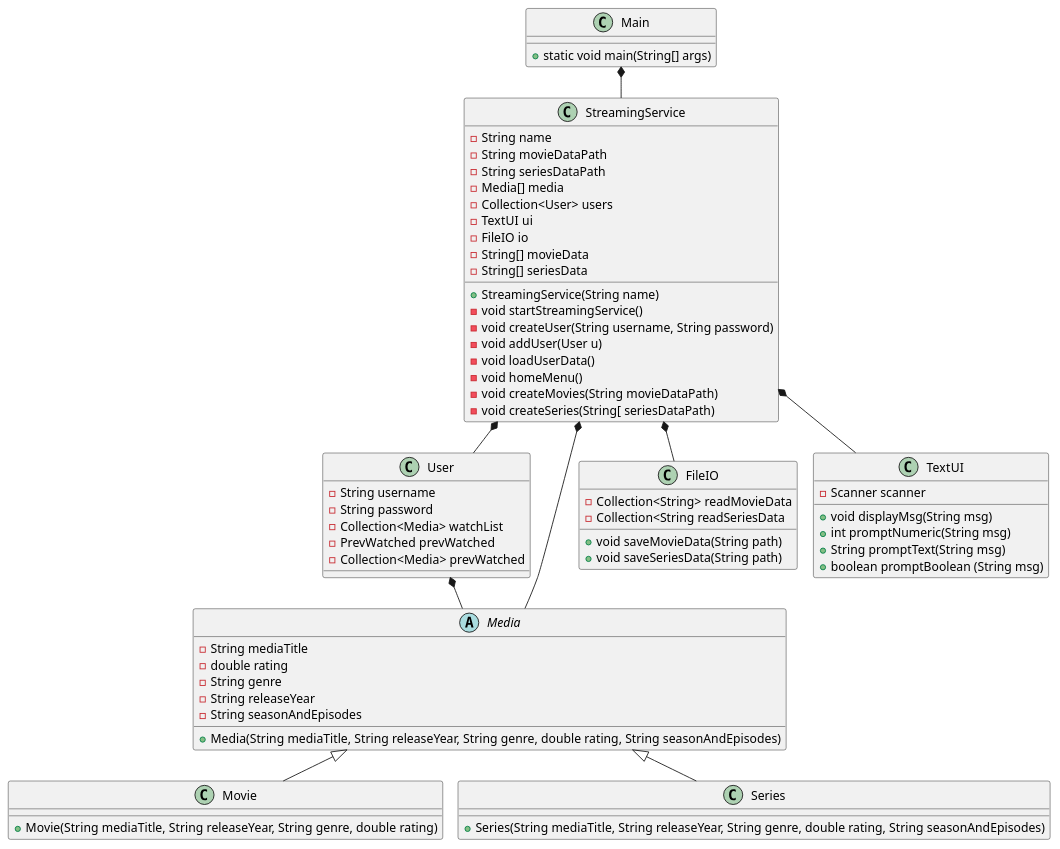
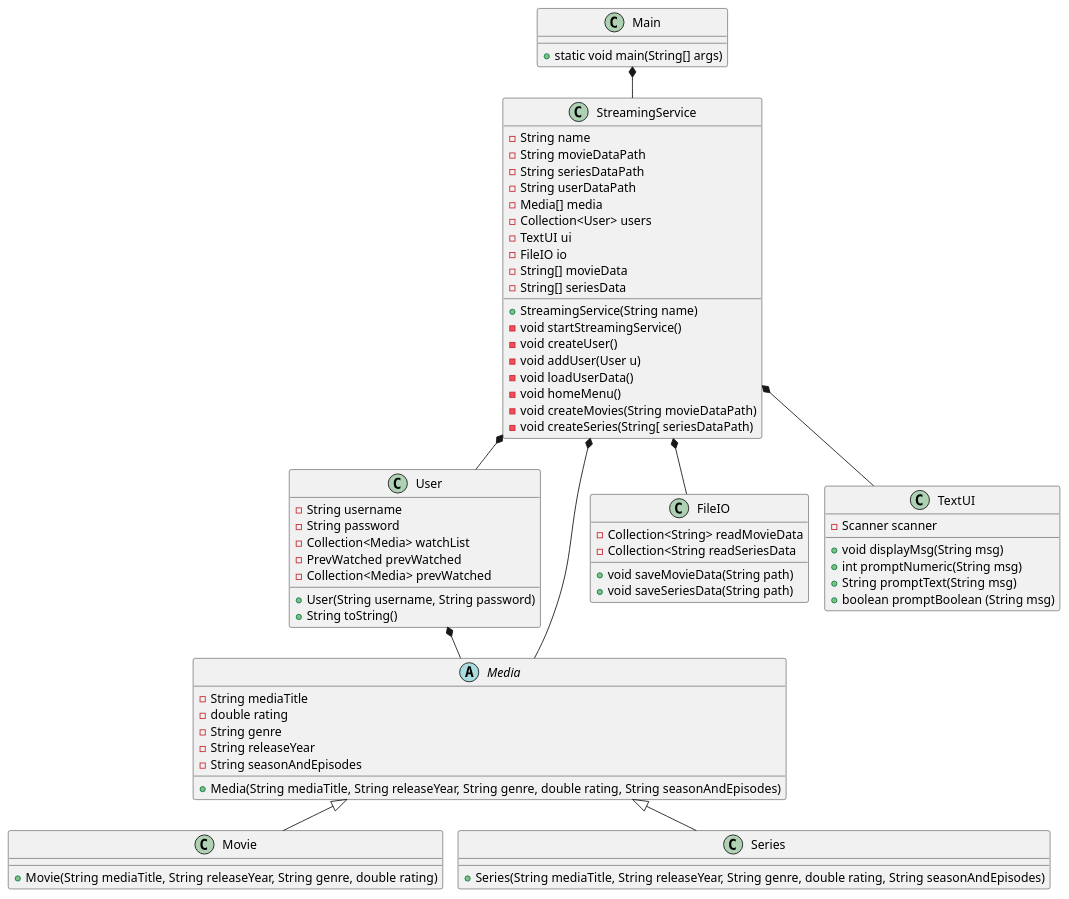
The diagram in doc/classdiagram/classdiagram_v1.puml (EmilDagsberg/SP3), drawn with PlantUML before and after one commit. The commit also changed 1 other file, not shown here.

```diff
--- a/doc/classdiagram/classdiagram_v1.puml
+++ b/doc/classdiagram/classdiagram_v1.puml
@@ -1,82 +1,85 @@
 @startuml
 !pragma layout smetana
 
 class Main {
 + static void main(String[] args)
 }
 
 class StreamingService{
 - String name
 - String movieDataPath
 - String seriesDataPath
+- String userDataPath
 - Media[] media
 - Collection<User> users
 - TextUI ui
 - FileIO io
 - String[] movieData
 - String[] seriesData
 + StreamingService(String name)
 - void startStreamingService()
-- void createUser(String username, String password)
+- void createUser()
 - void addUser(User u)
 - void loadUserData()
 - void homeMenu()
 - void createMovies(String movieDataPath)
 - void createSeries(String[ seriesDataPath)
 
 }
 
 class User {
 - String username
 - String password
 - Collection<Media> watchList
 - PrevWatched prevWatched
 - Collection<Media> prevWatched
++ User(String username, String password)
++ String toString()
 
 }
 
 
 abstract class Media{
 - String mediaTitle
 - double rating
 - String genre
 - String releaseYear
 - String seasonAndEpisodes
 +Media(String mediaTitle, String releaseYear, String genre, double rating, String seasonAndEpisodes)
 }
 
 class Movie{
 + Movie(String mediaTitle, String releaseYear, String genre, double rating)
 'metode der loader liste over film?
 
 }
 
 class Series{
 +Series(String mediaTitle, String releaseYear, String genre, double rating, String seasonAndEpisodes)
 'metode der loader liste over serier?
 }
 
 class FileIO {
 - Collection<String> readMovieData
 - Collection<String readSeriesData
 + void saveMovieData(String path)
 + void saveSeriesData(String path)
 }
 
 class TextUI {
 - Scanner scanner
 + void displayMsg(String msg)
 + int promptNumeric(String msg)
 + String promptText(String msg)
 + boolean promptBoolean (String msg)
 }
 
 Main *-- StreamingService
 StreamingService *-- User
 StreamingService *-- FileIO
 StreamingService *-- TextUI
 Media <|-- Movie
 Media <|-- Series
 StreamingService *-- Media
 User *-- Media
 @enduml
```
